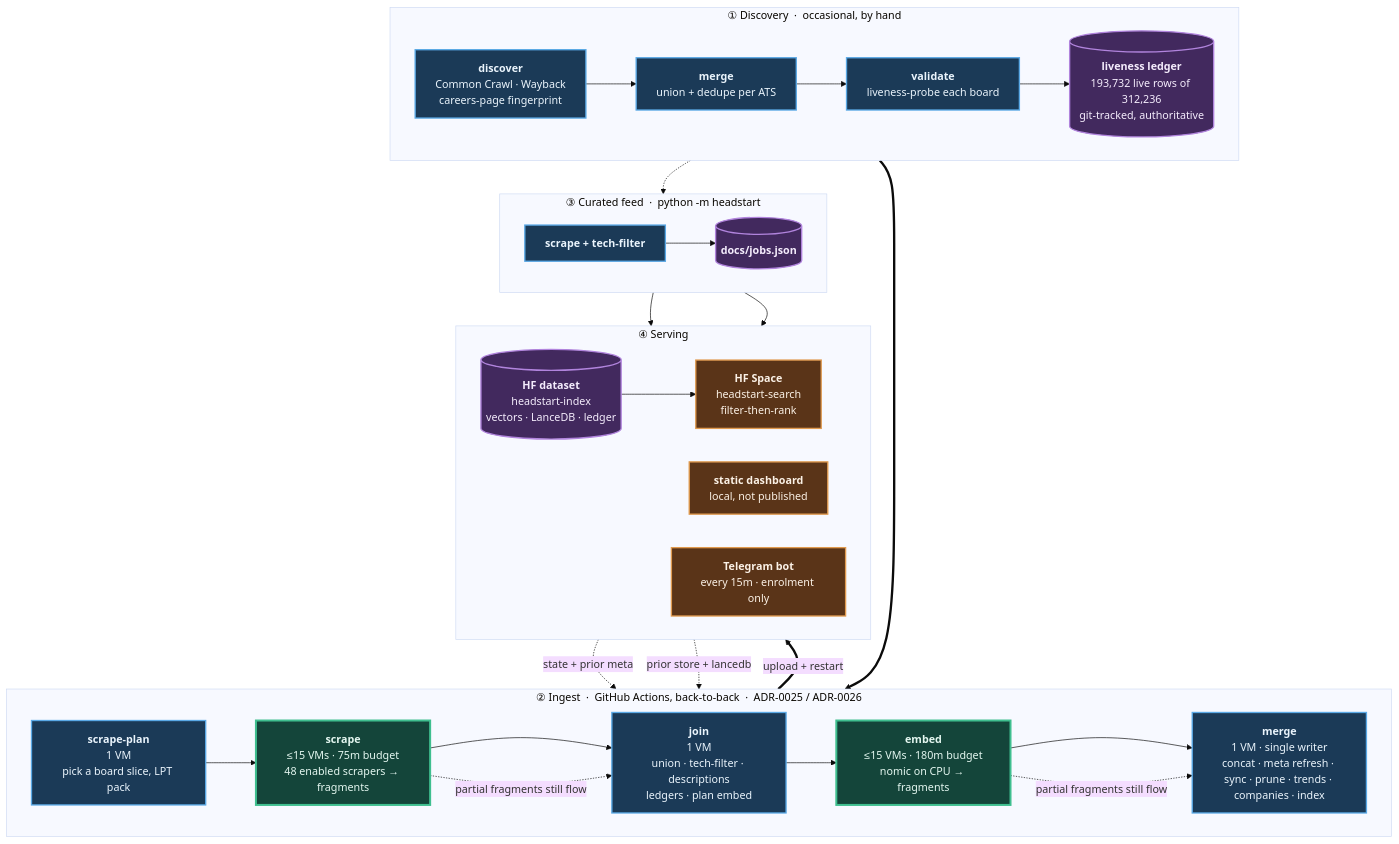
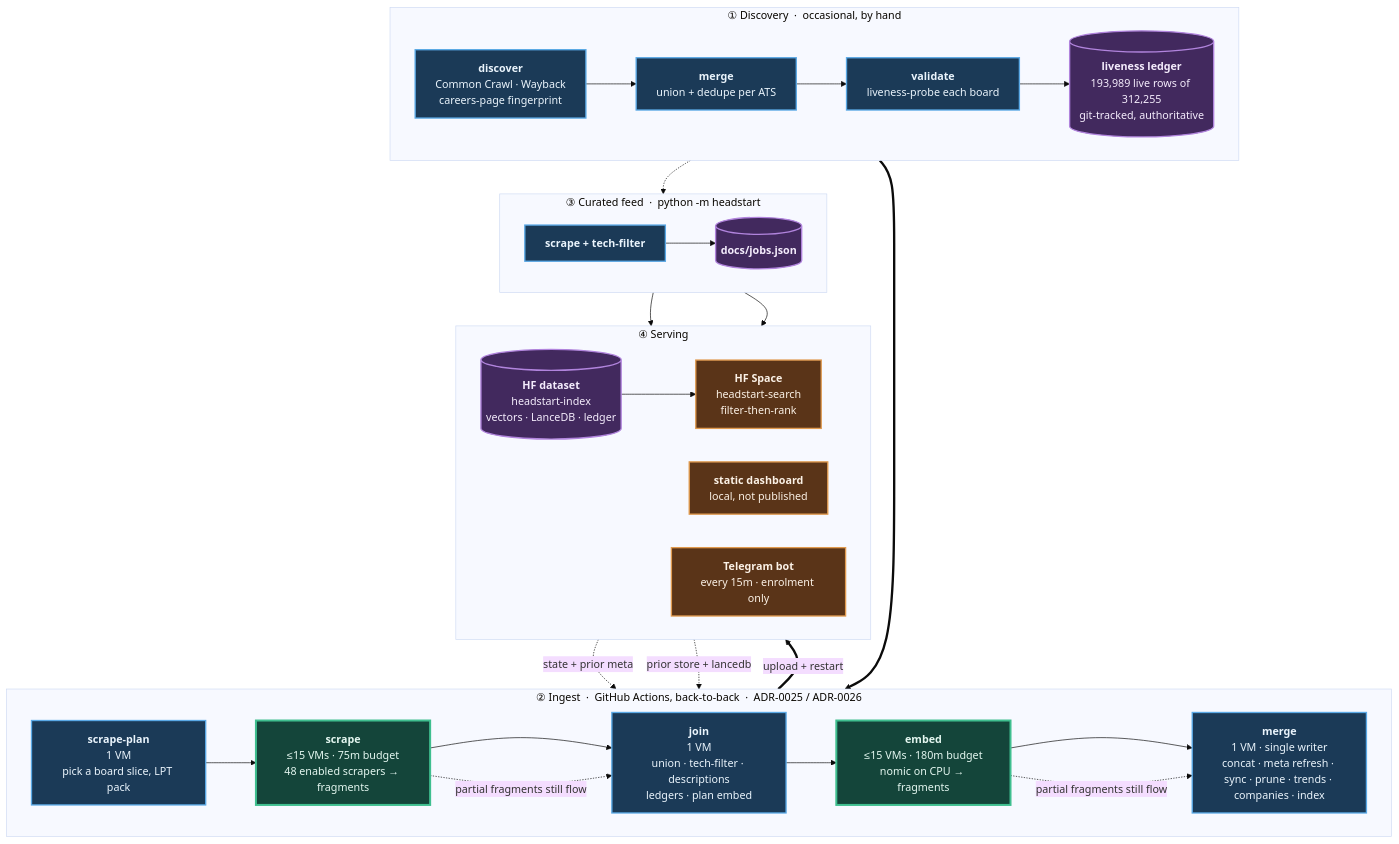
Before and after one commit to sarthakjain004/headstart: the diagram in README.md, drawn with Mermaid (base theme). The commit also changed other lines of this file and 11 other files, not shown here.

````diff
--- a/README.md
+++ b/README.md
@@ -183,56 +183,56 @@
 ```mermaid
 flowchart TB
     subgraph D["① Discovery &nbsp;·&nbsp; occasional, by hand"]
         direction LR
         D1["<b>discover</b><br/>Common Crawl · Wayback<br/>careers-page fingerprint"]
         D2["<b>merge</b><br/>union + dedupe per ATS"]
         D3["<b>validate</b><br/>liveness-probe each board"]
-        D4[("<b>liveness ledger</b><br/>193,732 live rows of 312,236<br/>git-tracked, authoritative")]
+        D4[("<b>liveness ledger</b><br/>193,989 live rows of 312,255<br/>git-tracked, authoritative")]
         D1 --> D2 --> D3 --> D4
     end
 
     subgraph P["② Ingest &nbsp;·&nbsp; GitHub Actions, back-to-back &nbsp;·&nbsp; ADR-0025 / ADR-0026"]
         direction LR
         P1["<b>scrape-plan</b><br/>1 VM<br/>pick a board slice, LPT pack"]
         P2["<b>scrape</b><br/>≤15 VMs · 75m budget<br/>48 enabled scrapers → fragments"]
         P3["<b>join</b><br/>1 VM<br/>union · tech-filter · descriptions<br/>ledgers · plan embed"]
         P4["<b>embed</b><br/>≤15 VMs · 180m budget<br/>nomic on CPU → fragments"]
         P5["<b>merge</b><br/>1 VM · single writer<br/>concat · meta refresh · sync · prune · trends · companies · index"]
         P1 --> P2 --> P3 --> P4 --> P5
     end
 
     subgraph F["③ Curated feed &nbsp;·&nbsp; python -m headstart"]
         direction LR
         F1["<b>scrape + tech-filter</b>"]
         F2[("<b>docs/jobs.json</b>")]
         F1 --> F2
     end
 
     subgraph S["④ Serving"]
         direction LR
         S1[("<b>HF dataset</b><br/>headstart-index<br/>vectors · LanceDB · ledger")]
         S2["<b>HF Space</b><br/>headstart-search<br/>filter-then-rank"]
         S3["<b>static dashboard</b><br/>local, not published"]
         S4["<b>Telegram bot</b><br/>every 15m · enrolment only"]
         S1 --> S2
     end
 
     D4 ==> P1
     S1 -. "state + prior meta" .-> P1
     S1 -. "prior store + lancedb" .-> P5
     D4 -.-> F1
     P5 ==>|"upload + restart"| S1
     F2 --> S3
     F2 --> S4
     P2 -. "partial fragments still flow" .-> P3
     P4 -. "partial fragments still flow" .-> P5
 
     classDef serial fill:#1b3a57,stroke:#5aa9e6,stroke-width:2px,color:#eaf4fc
     classDef fan fill:#14453a,stroke:#3fbf8f,stroke-width:3px,color:#e4f7f0
     classDef store fill:#42295e,stroke:#b184dd,stroke-width:2px,color:#f4ecfc
     classDef serve fill:#5a3418,stroke:#e09a4f,stroke-width:2px,color:#fbf1e6
     class D1,D2,D3,P1,P3,P5,F1 serial
     class P2,P4 fan
     class D4,F2,S1 store
     class S2,S3,S4 serve
 ```
````
